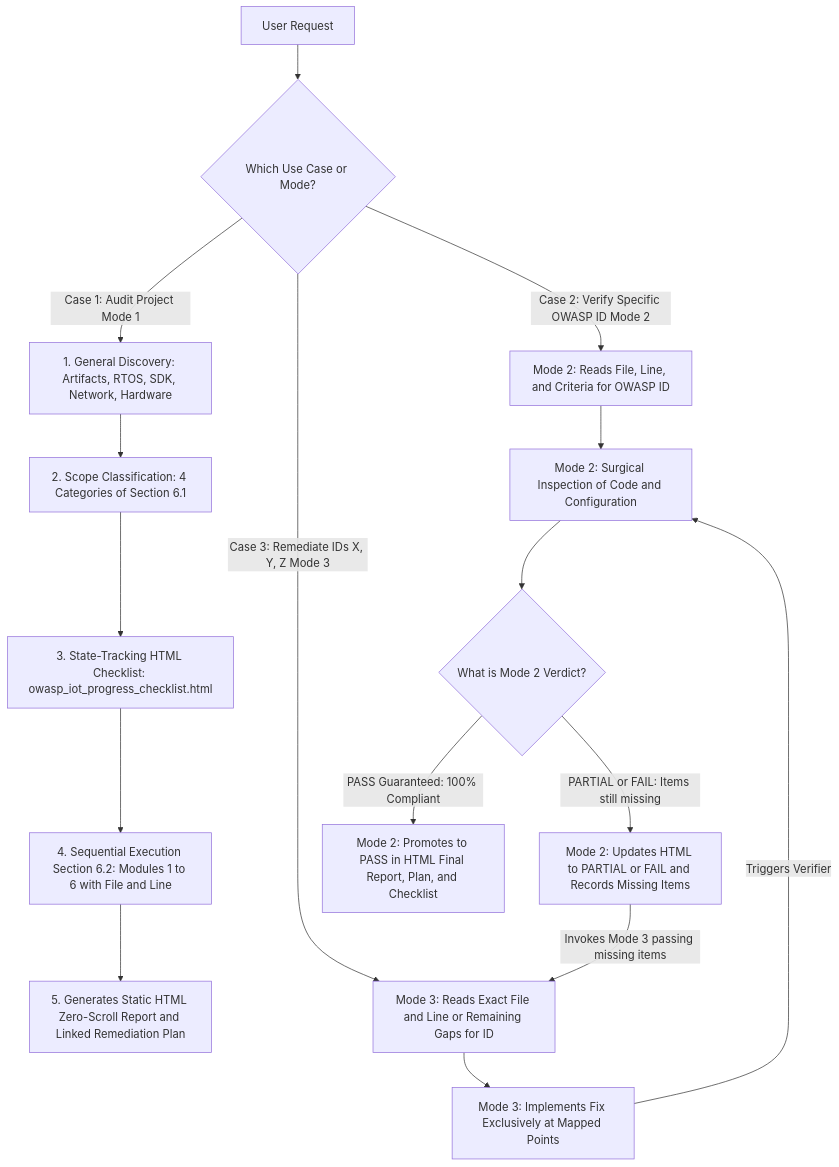
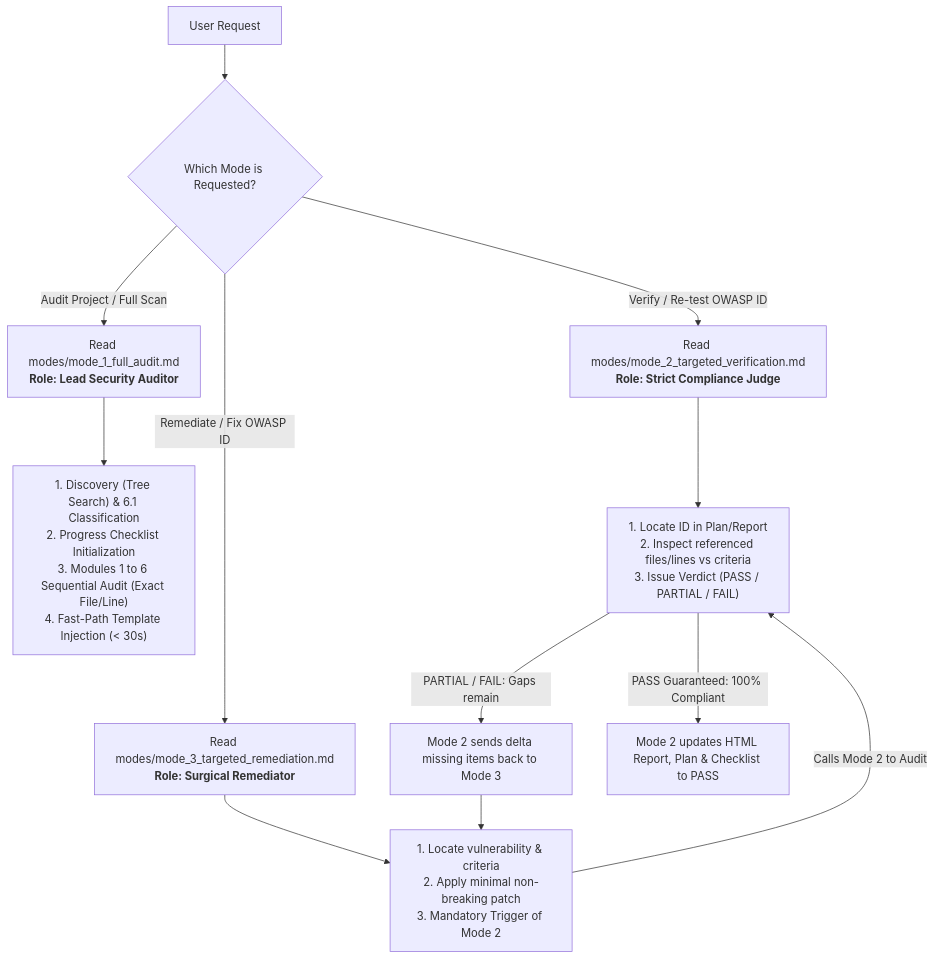
The diagram in .agents/skills/owasp-iot-auditor/SKILL.md (BrunoReiff/embed-sec-auditor), drawn with Mermaid before and after one commit. The commit also changed other lines of this file and 5 other files, not shown here.

Commit message:
feat(modes): modularize Modes 1, 2, and 3 into dedicated instruction files and lean master router

````diff
--- a/.agents/skills/owasp-iot-auditor/SKILL.md
+++ b/.agents/skills/owasp-iot-auditor/SKILL.md
@@ -32,28 +37,22 @@
 ```mermaid
 flowchart TD
-    USER["User Request"] --> ROUTER{"Which Use Case or Mode?"}
+    USER["User Request"] --> ROUTER{"Which Mode is Requested?"}
 
-    %% USE CASE 1: MODE 1
-    ROUTER -->|Case 1: Audit Project Mode 1| M1_E1["1. General Discovery: Artifacts, RTOS, SDK, Network, Hardware"]
-    M1_E1 --> M1_E2["2. Scope Classification: 4 Categories of Section 6.1"]
-    M1_E2 --> M1_E3["3. State-Tracking HTML Checklist: owasp_iot_progress_checklist.html"]
-    M1_E3 --> M1_E4["4. Sequential Execution Section 6.2: Modules 1 to 6 with File and Line"]
-    M1_E4 --> M1_E5["5. Generates Static HTML Zero-Scroll Report and Linked Remediation Plan"]
+    %% MODE 1
+    ROUTER -->|Audit Project / Full Scan| M1_ROUTER["Read modes/mode_1_full_audit.md<br><b>Role: Lead Security Auditor</b>"]
+    M1_ROUTER --> M1_EXEC["1. Discovery (Tree Search) & 6.1 Classification<br>2. Progress Checklist Initialization<br>3. Modules 1 to 6 Sequential Audit (Exact File/Line)<br>4. Fast-Path Template Injection (< 30s)"]
 
-    %% USE CASE 2: MODE 2
-    ROUTER -->|Case 2: Verify Specific OWASP ID Mode 2| M2_READ["Mode 2: Reads File, Line, and Criteria for OWASP ID"]
-    M2_READ --> M2_INSP["Mode 2: Surgical Inspection of Code and Configuration"]
-    M2_INSP --> M2_JUDGE{"What is Mode 2 Verdict?"}
+    %% MODE 2
+    ROUTER -->|Verify / Re-test OWASP ID| M2_ROUTER["Read modes/mode_2_targeted_verification.md<br><b>Role: Strict Compliance Judge</b>"]
+    M2_ROUTER --> M2_EXEC["1. Locate ID in Plan/Report<br>2. Inspect referenced files/lines vs criteria<br>3. Issue Verdict (PASS / PARTIAL / FAIL)"]
 
-    %% USE CASE 3: MODE 3
-    ROUTER -->|Case 3: Remediate IDs X, Y, Z Mode 3| M3_LOC["Mode 3: Reads Exact File and Line or Remaining Gaps for ID"]
-    M3_LOC --> M3_FIX["Mode 3: Implements Fix Exclusively at Mapped Points"]
-    M3_FIX -->|Triggers Verifier| M2_INSP
+    %% MODE 3
+    ROUTER -->|Remediate / Fix OWASP ID| M3_ROUTER["Read modes/mode_3_targeted_remediation.md<br><b>Role: Surgical Remediator</b>"]
+    M3_ROUTER --> M3_EXEC["1. Locate vulnerability & criteria<br>2. Apply minimal non-breaking patch<br>3. Mandatory Trigger of Mode 2"]
 
-    %% CLOSED LOOP MODE 2 <-> MODE 3
-    M2_JUDGE -->|PARTIAL or FAIL: Items still missing| M2_DELTA["Mode 2: Updates HTML to PARTIAL or FAIL and Records Missing Items"]
-    M2_DELTA -->|Invokes Mode 3 passing missing items| M3_LOC
-
-    %% EXCLUSIVE PROMOTION BY MODE 2
-    M2_JUDGE -->|PASS Guaranteed: 100% Compliant| M2_PROMOTE["Mode 2: Promotes to PASS in HTML Final Report, Plan, and Checklist"]
+    %% CLOSED LOOP
+    M3_EXEC -->|Calls Mode 2 to Audit| M2_EXEC
+    M2_EXEC -->|PARTIAL / FAIL: Gaps remain| M2_LOOP["Mode 2 sends delta missing items back to Mode 3"]
+    M2_LOOP --> M3_EXEC
+    M2_EXEC -->|PASS Guaranteed: 100% Compliant| M2_PASS["Mode 2 updates HTML Report, Plan & Checklist to PASS"]
 ```
````
